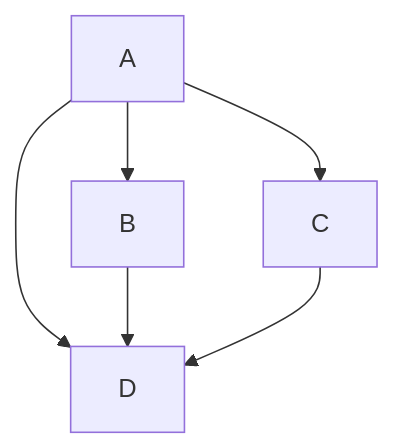
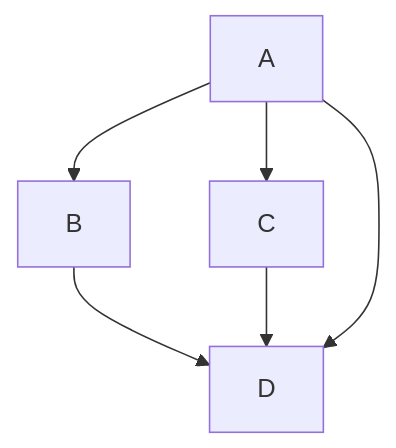
Before and after one commit to samueldsingh/data-engineering: the third of 3 diagrams in interview_questions/15-oops.md, drawn with Mermaid. The commit also changed other lines of this file, not shown here.

````diff
--- a/interview_questions/15-oops.md
+++ b/interview_questions/15-oops.md
@@ -1162,8 +1162,8 @@
 ```mermaid
 graph TD;
     A-->B;
     A-->C;
-    A-->D;
     B-->D;
     C-->D;
+    A-->D;
 ```
````
